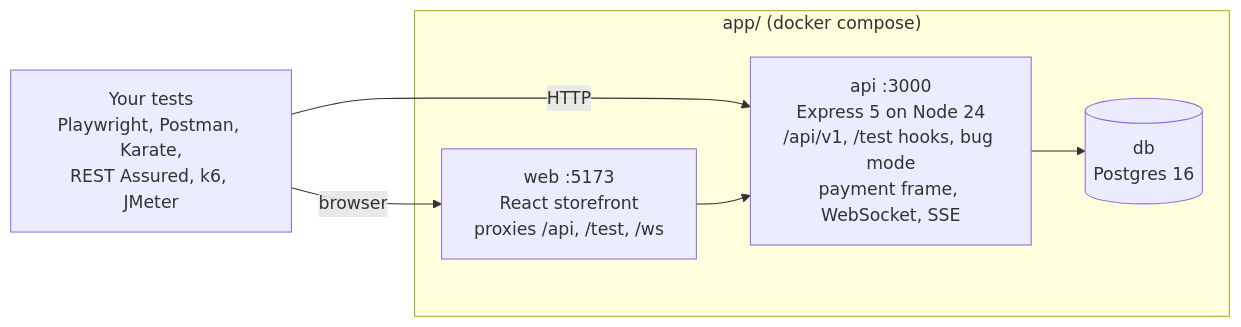
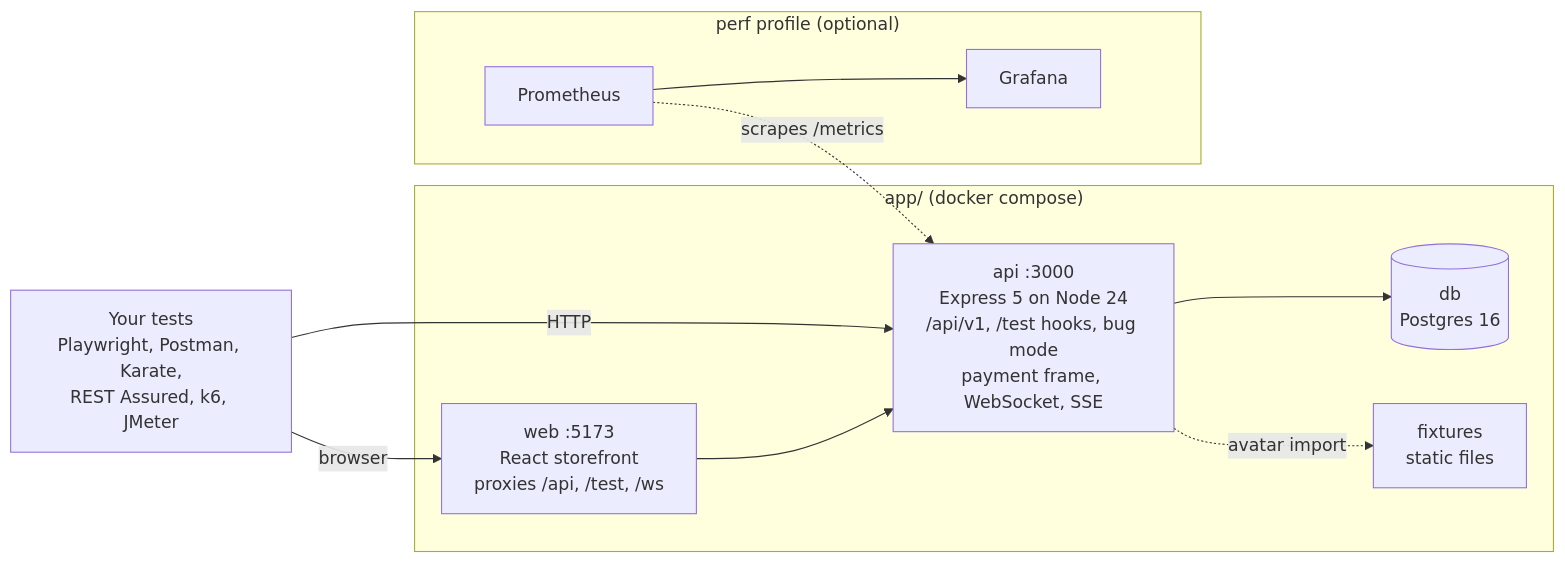
Before and after one commit to crgtst/playlab-platform: the diagram in README.md, drawn with Mermaid. The commit also changed other lines of this file and 4 other files, not shown here.

````diff
--- a/README.md
+++ b/README.md
@@ -81,13 +114,19 @@
 ```mermaid
 flowchart LR
   T["Your tests<br/>Playwright, Postman, Karate,<br/>REST Assured, k6, JMeter"]
   subgraph C["app/ (docker compose)"]
     WEB["web :5173<br/>React storefront<br/>proxies /api, /test, /ws"]
     API["api :3000<br/>Express 5 on Node 24<br/>/api/v1, /test hooks, bug mode<br/>payment frame, WebSocket, SSE"]
     DB[("db<br/>Postgres 16")]
+    FX["fixtures<br/>static files"]
+  end
+  subgraph P["perf profile (optional)"]
+    PROM["Prometheus"] --> GRAF["Grafana"]
   end
   T -- browser --> WEB
   T -- HTTP --> API
   WEB --> API
   API --> DB
+  API -. avatar import .-> FX
+  PROM -. scrapes /metrics .-> API
 ```
````
